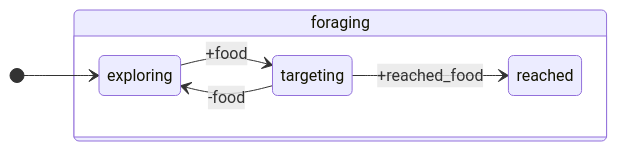
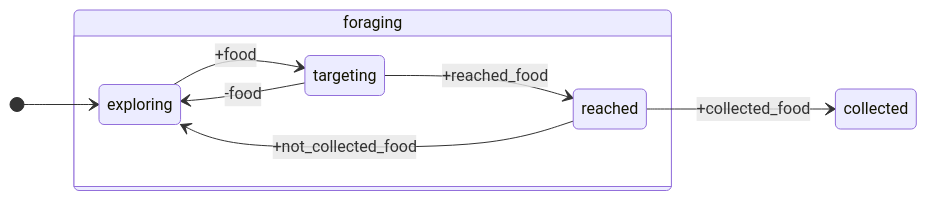
The third of 4 diagrams in docs/report.md (giovaz94/isee-project-2023-2024), drawn with Mermaid before and after one commit. The commit also changed other lines of this file and 5 other files, not shown here.

````diff
--- a/docs/report.md
+++ b/docs/report.md
@@ -201,10 +285,12 @@
 ```mermaid
 stateDiagram
     direction LR
     [*] --> exploring
     state foraging {
         exploring --> targeting : +food
         targeting --> exploring: -food
         targeting --> reached : +reached_food
     }
+    reached --> collected : +collected_food
+    reached --> exploring : +not_collected_food
 ```
````
